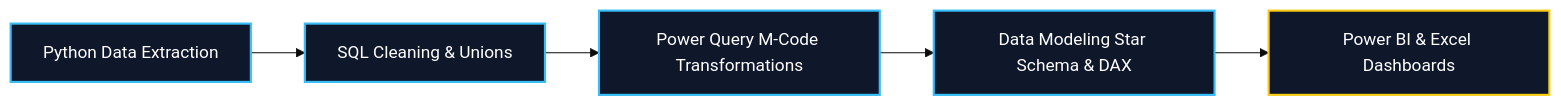
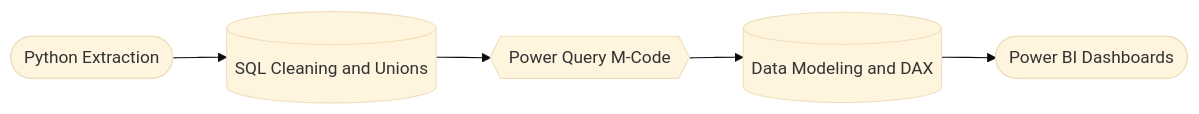
One commit to salahaldienahmed/Atmos-X-Egypt changed the diagram in README.md. Above: the diagram before and after it, drawn with Mermaid (base theme). The commit also changed other lines of this file, not shown here.

````diff
--- a/README.md
+++ b/README.md
@@ -19,13 +19,7 @@
 ```mermaid
-graph LR
-    A[Python Data Extraction] --> B[SQL Cleaning & Unions]
-    B --> C[Power Query M-Code Transformations]
-    C --> D[Data Modeling Star Schema & DAX]
-    D --> E[Power BI & Excel Dashboards]
-    
-    style A fill:#0f172a,stroke:#38bdf8,stroke-width:2px,color:#fff
-    style B fill:#0f172a,stroke:#38bdf8,stroke-width:2px,color:#fff
-    style C fill:#0f172a,stroke:#38bdf8,stroke-width:2px,color:#fff
-    style D fill:#0f172a,stroke:#38bdf8,stroke-width:2px,color:#fff
-    style E fill:#0f172a,stroke:#facc15,stroke-width:2px,color:#fff
+flowchart LR
+    A([Python Extraction]) --> B[(SQL Cleaning and Unions)]
+    B --> C{{Power Query M-Code}}
+    C --> D[(Data Modeling and DAX)]
+    D --> E([Power BI Dashboards])
 ```
````
